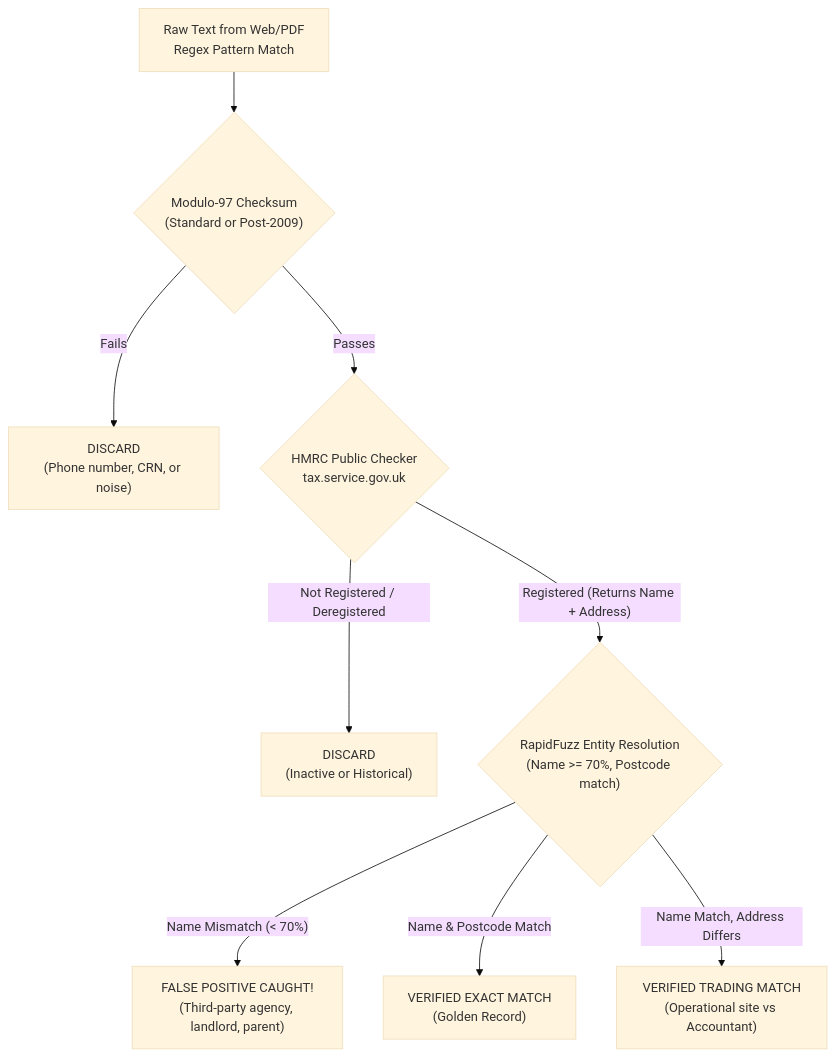
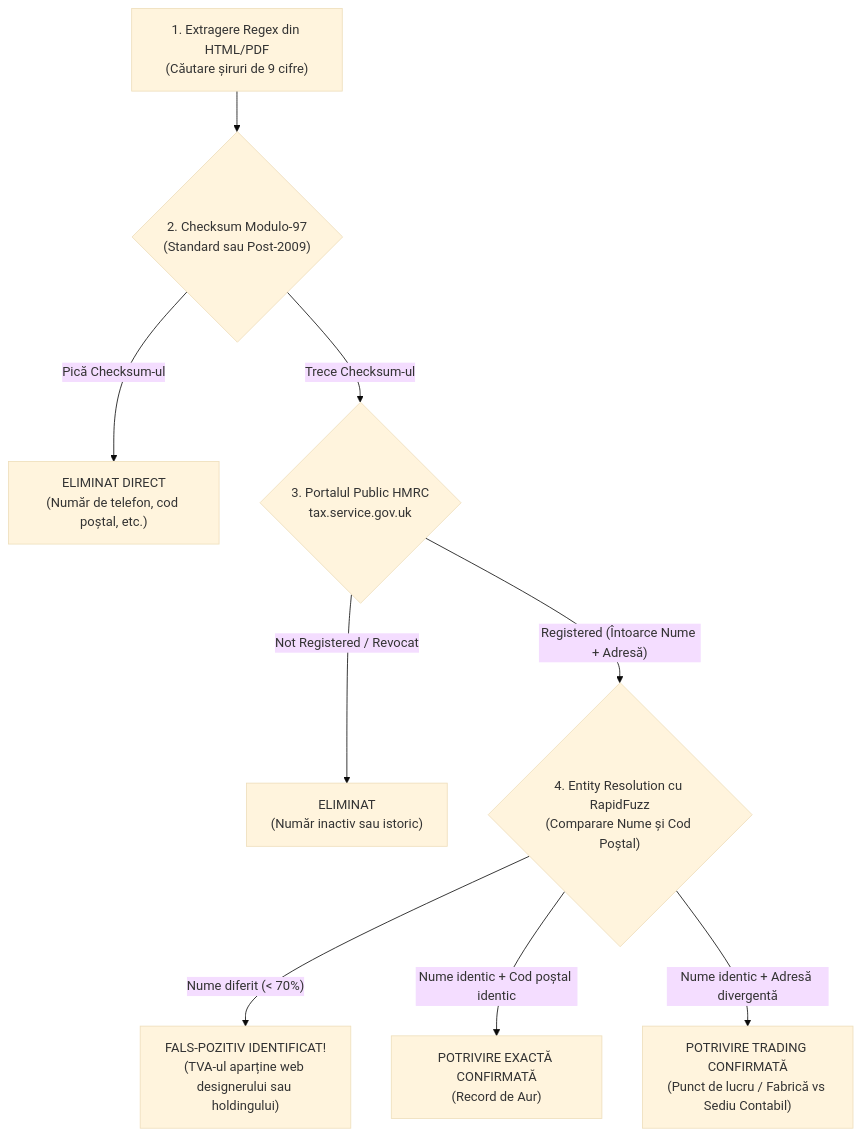
One commit to 2sto-dev/uk-vat-discovery changed the first of 2 diagrams in README.md. Above: the diagram before and after it, drawn with Mermaid (base theme). The commit also changed other lines of this file, not shown here.

````diff
--- a/README.md
+++ b/README.md
@@ -149,11 +181,11 @@
 ```mermaid
 flowchart TD
-    Raw["Raw Text from Web/PDF<br/>Regex Pattern Match"] --> Ck{"Modulo-97 Checksum<br/>(Standard or Post-2009)"}
-    Ck -- Fails --> Discard1["DISCARD<br/>(Phone number, CRN, or noise)"]
-    Ck -- Passes --> HMRC{"HMRC Public Checker<br/>tax.service.gov.uk"}
-    HMRC -- "Not Registered / Deregistered" --> Discard2["DISCARD<br/>(Inactive or Historical)"]
-    HMRC -- "Registered (Returns Name + Address)" --> Fuzzy{"RapidFuzz Entity Resolution<br/>(Name >= 70%, Postcode match)"}
-    Fuzzy -- "Name Mismatch (< 70%)" --> FP["FALSE POSITIVE CAUGHT!<br/>(Third-party agency, landlord, parent)"]
-    Fuzzy -- "Name & Postcode Match" --> TP1["VERIFIED EXACT MATCH<br/>(Golden Record)"]
-    Fuzzy -- "Name Match, Address Differs" --> TP2["VERIFIED TRADING MATCH<br/>(Operational site vs Accountant)"]
+    Extragere["1. Extragere Regex din HTML/PDF<br/>(Căutare șiruri de 9 cifre)"] --> M97{"2. Checksum Modulo-97<br/>(Standard sau Post-2009)"}
+    M97 -- Pică Checksum-ul --> Gunoi1["ELIMINAT DIRECT<br/>(Număr de telefon, cod poștal, etc.)"]
+    M97 -- Trece Checksum-ul --> HMRC{"3. Portalul Public HMRC<br/>tax.service.gov.uk"}
+    HMRC -- "Not Registered / Revocat" --> Gunoi2["ELIMINAT<br/>(Număr inactiv sau istoric)"]
+    HMRC -- "Registered (Întoarce Nume + Adresă)" --> Match{"4. Entity Resolution cu RapidFuzz<br/>(Comparare Nume și Cod Poștal)"}
+    Match -- "Nume diferit (< 70%)" --> FP["FALS-POZITIV IDENTIFICAT!<br/>(TVA-ul aparține web designerului sau holdingului)"]
+    Match -- "Nume identic + Cod poștal identic" --> TP1["POTRIVIRE EXACTĂ CONFIRMATĂ<br/>(Record de Aur)"]
+    Match -- "Nume identic + Adresă divergentă" --> TP2["POTRIVIRE TRADING CONFIRMATĂ<br/>(Punct de lucru / Fabrică vs Sediu Contabil)"]
 ```
````
